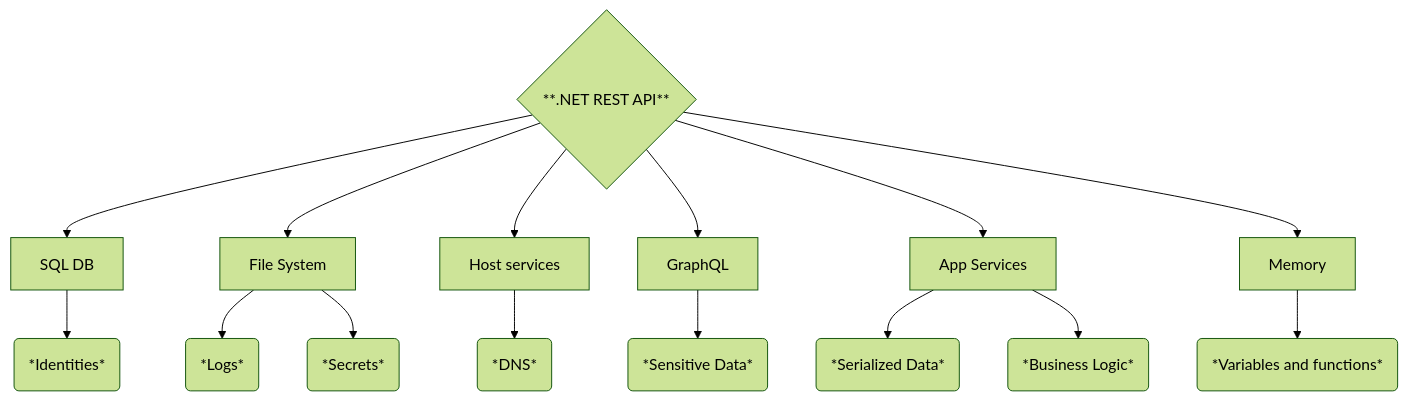
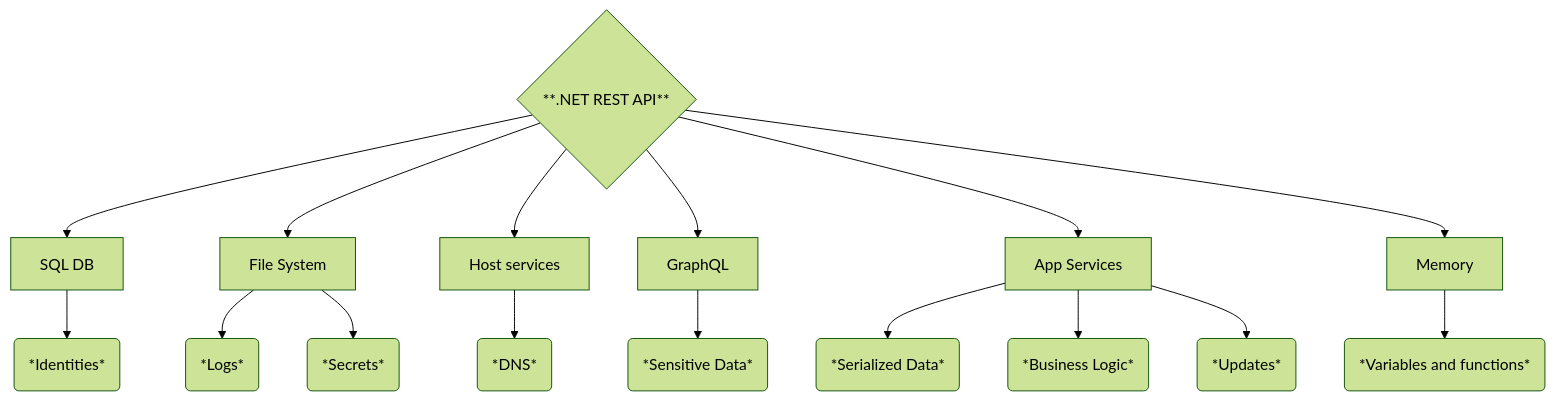
The diagram in README.md (Aif4thah/VulnerableLightApp), drawn with Mermaid (forest theme) before and after one commit. The commit also changed other lines of this file and 1 other file, not shown here.

````diff
--- a/README.md
+++ b/README.md
@@ -18,19 +16,20 @@
 ```mermaid
 flowchart TD
     A{**.NET REST API**}
     A --> B[SQL DB]
     A --> C[File System]
     A --> D[Host services]
     A --> F[GraphQL]
     A --> G[App Services]
     A --> H[Memory]
 
     B --> I(*Identities*)
     C --> J(*Logs*)
     C --> K(*Secrets*)
     D --> L(*DNS*)
     F --> M(*Sensitive Data*)
     G --> O(*Serialized Data*)
     G --> R(*Business Logic*)
+    G --> U(*Updates*)
     H --> P(*Variables and functions*)
 ```
````
